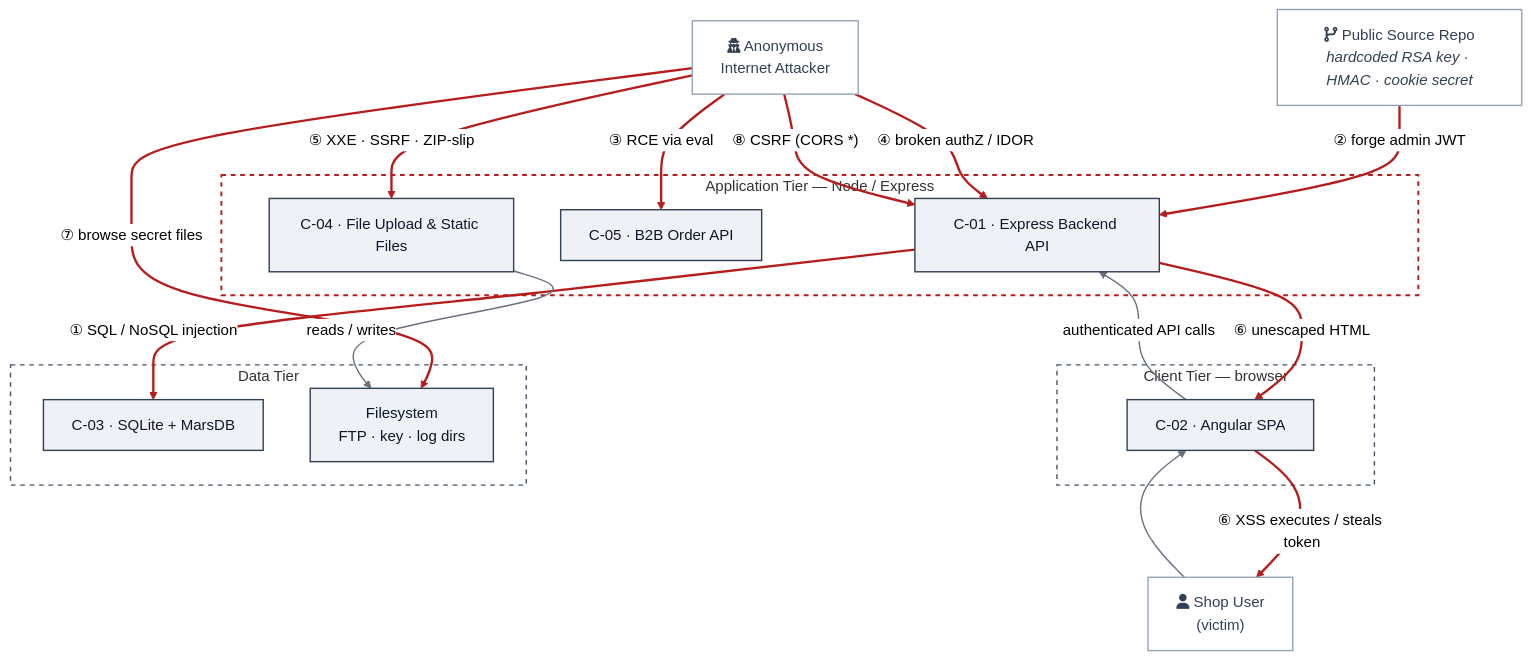
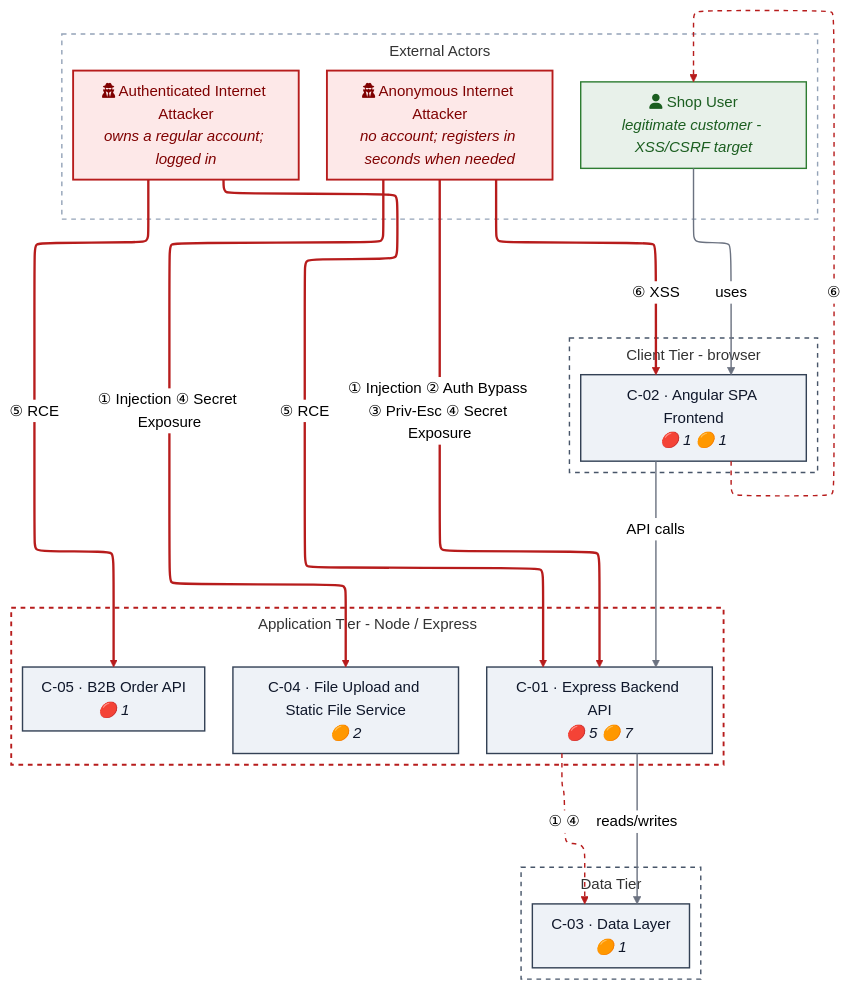
Before and after one commit to appsec-foundry/appsec-analyzer: the diagram in README.md, drawn with Mermaid (neutral theme). The commit also changed other lines of this file and 3 other files, not shown here.

First line of the commit message:
feat(render): §9 abuse-case severity dots + diagram/dep refresh

````diff
--- a/README.md
+++ b/README.md
@@ -177,40 +177,49 @@
 ```mermaid
+%%{init: {"flowchart": {"defaultRenderer": "elk", "nodeSpacing": 34, "rankSpacing": 52, "padding": 10, "subGraphTitleMargin": {"top": 6, "bottom": 6}}} }%%
 flowchart TB
-    ANON["fa:fa-user-secret Anonymous<br/>Internet Attacker"]:::ext
-    USER["fa:fa-user Shop User<br/>(victim)"]:::ext
-    REPO["fa:fa-code-branch Public Source Repo<br/><i>hardcoded RSA key · HMAC · cookie secret</i>"]:::ext
+    subgraph ZONE_ACTORS["External Actors"]
+        direction LR
+        EXT_SHOPUSER["fa:fa-user Shop User<br/><i>legitimate customer - XSS/CSRF target</i>"]:::actorgood
+        ACT_INTERNET_ANON["fa:fa-user-secret Anonymous Internet Attacker<br/><i>no account; registers in seconds when needed</i>"]:::actorbad
+        ACT_INTERNET_USER["fa:fa-user-secret Authenticated Internet Attacker<br/><i>owns a regular account; logged in</i>"]:::actorbad
+    end
 
-    subgraph CLIENT["Client Tier — browser"]
-        SPA["C-02 · Angular SPA"]:::comp
+    subgraph CLIENT["Client Tier - browser"]
+        CMP_ANGULAR_SPA["C-02 · Angular SPA Frontend<br/><i>🔴 1 🟠 1</i>"]:::comp
     end
-    subgraph APP["Application Tier — Node / Express"]
-        API["C-01 · Express Backend API"]:::comp
-        B2B["C-05 · B2B Order API"]:::comp
-        UP["C-04 · File Upload &amp; Static Files"]:::comp
+    subgraph APP["Application Tier - Node / Express"]
+        CMP_EXPRESS_BACKEND["C-01 · Express Backend API<br/><i>🔴 5 🟠 7</i>"]:::comp
+        CMP_FILE_UPLOAD_SERVICE["C-04 · File Upload and Static File Service<br/><i>🟠 2</i>"]:::comp
+        CMP_B2B_API["C-05 · B2B Order API<br/><i>🔴 1</i>"]:::comp
     end
     subgraph DATA["Data Tier"]
-        DB["C-03 · SQLite + MarsDB"]:::comp
-        FS["Filesystem<br/>FTP · key · log dirs"]:::comp
+        CMP_DATA_LAYER["C-03 · Data Layer<br/><i>🟠 1</i>"]:::comp
     end
 
-    USER --> SPA
-    SPA -->|authenticated API calls| API
-    REPO ==>|"② forge admin JWT"| API
-    ANON ==>|"③ RCE via eval"| B2B
-    ANON ==>|"④ broken authZ / IDOR"| API
-    ANON ==>|"⑤ XXE · SSRF · ZIP-slip"| UP
-    ANON ==>|"⑦ browse secret files"| FS
-    ANON ==>|"⑧ CSRF (CORS *)"| API
-    API ==>|"① SQL / NoSQL injection"| DB
-    API ==>|"⑥ unescaped HTML"| SPA
-    SPA ==>|"⑥ XSS executes / steals token"| USER
-    UP -->|reads / writes| FS
+    %% legitimate request flow
+    EXT_SHOPUSER -->|"uses"| CMP_ANGULAR_SPA
+    CMP_ANGULAR_SPA -->|"API calls"| CMP_EXPRESS_BACKEND
+    CMP_EXPRESS_BACKEND -->|"reads/writes"| CMP_DATA_LAYER
+    %% attacks (solid) - each originates at a threat actor; glyphs match Figure 2 / Top Threats
+    ACT_INTERNET_ANON ==>|"① Injection ② Auth Bypass ③ Priv-Esc ④ Secret Exposure"| CMP_EXPRESS_BACKEND
+    ACT_INTERNET_ANON ==>|"① Injection ④ Secret Exposure"| CMP_FILE_UPLOAD_SERVICE
+    ACT_INTERNET_USER ==>|"⑤ RCE"| CMP_B2B_API
+    ACT_INTERNET_USER ==>|"⑤ RCE"| CMP_EXPRESS_BACKEND
+    ACT_INTERNET_ANON ==>|"⑥ XSS"| CMP_ANGULAR_SPA
+    %% propagation (dotted) - how the attack reaches the data tier / victim
+    CMP_EXPRESS_BACKEND -.->|"① ④"| CMP_DATA_LAYER
+    CMP_ANGULAR_SPA -.->|"⑥"| EXT_SHOPUSER
 
     style CLIENT fill:none,stroke:#475569,stroke-width:1.5px,stroke-dasharray:5
     style APP fill:none,stroke:#b71c1c,stroke-width:2px,stroke-dasharray:5
     style DATA fill:none,stroke:#475569,stroke-width:1.5px,stroke-dasharray:5
+    style ZONE_ACTORS fill:none,stroke:#94a3b8,stroke-width:1.5px,stroke-dasharray:5
     classDef comp fill:#eef2f7,stroke:#334155,color:#0f172a,stroke-width:1.5px
+    classDef compmuted fill:#f8fafc,stroke:#cbd5e1,color:#64748b,stroke-width:1px,font-size:9px
     classDef ext  fill:#ffffff,stroke:#94a3b8,color:#334155,stroke-width:1.5px
-    linkStyle 0,1,11 stroke:#6b7280,stroke-width:1.5px
-    linkStyle 2,3,4,5,6,7,8,9,10 stroke:#b71c1c,stroke-width:2.5px
+    classDef actorbad  fill:#fde8e8,stroke:#b71c1c,color:#7f0000,stroke-width:2px
+    classDef actorgood fill:#e8f1ea,stroke:#2e7d32,color:#1b5e20,stroke-width:1.5px
+    linkStyle 0,1,2 stroke:#6b7280,stroke-width:1.5px
+    linkStyle 3,4,5,6,7 stroke:#b71c1c,stroke-width:2.5px
+    linkStyle 8,9 stroke:#b71c1c,stroke-width:1.5px,stroke-dasharray:5
 ```
````
